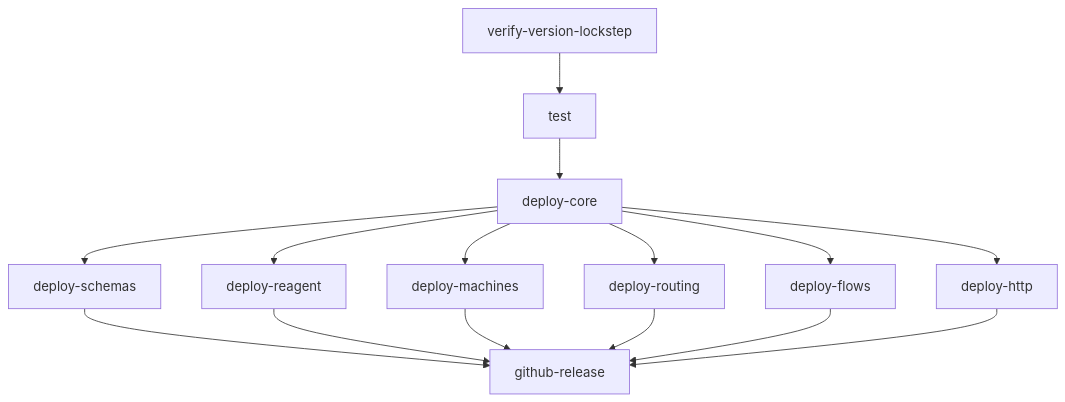
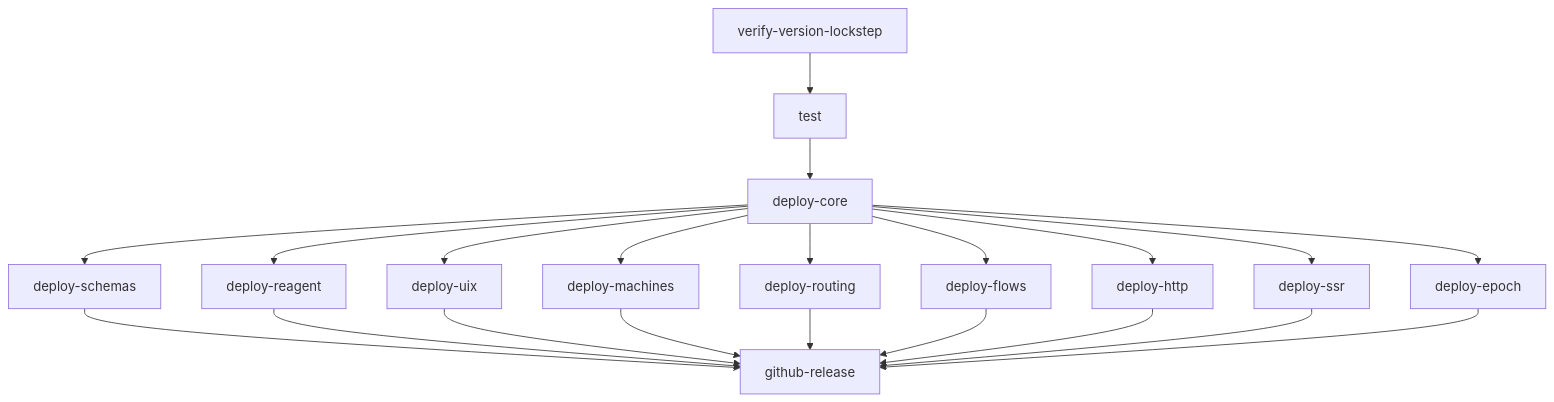
One commit to day8/re-frame2 changed the diagram in docs/release-process.md. Above: the diagram before and after it, drawn with Mermaid. The commit also changed other lines of this file and 1 other file, not shown here.

````diff
--- a/docs/release-process.md
+++ b/docs/release-process.md
@@ -34,17 +44,23 @@
 ```mermaid
 graph TD
   V[verify-version-lockstep] --> T[test]
   T --> C[deploy-core]
   C --> S[deploy-schemas]
   C --> R[deploy-reagent]
+  C --> U[deploy-uix]
   C --> M[deploy-machines]
   C --> RT[deploy-routing]
   C --> F[deploy-flows]
   C --> H[deploy-http]
+  C --> SS[deploy-ssr]
+  C --> E[deploy-epoch]
   S --> GR[github-release]
   R --> GR
+  U --> GR
   M --> GR
   RT --> GR
   F --> GR
   H --> GR
+  SS --> GR
+  E --> GR
 ```
````
